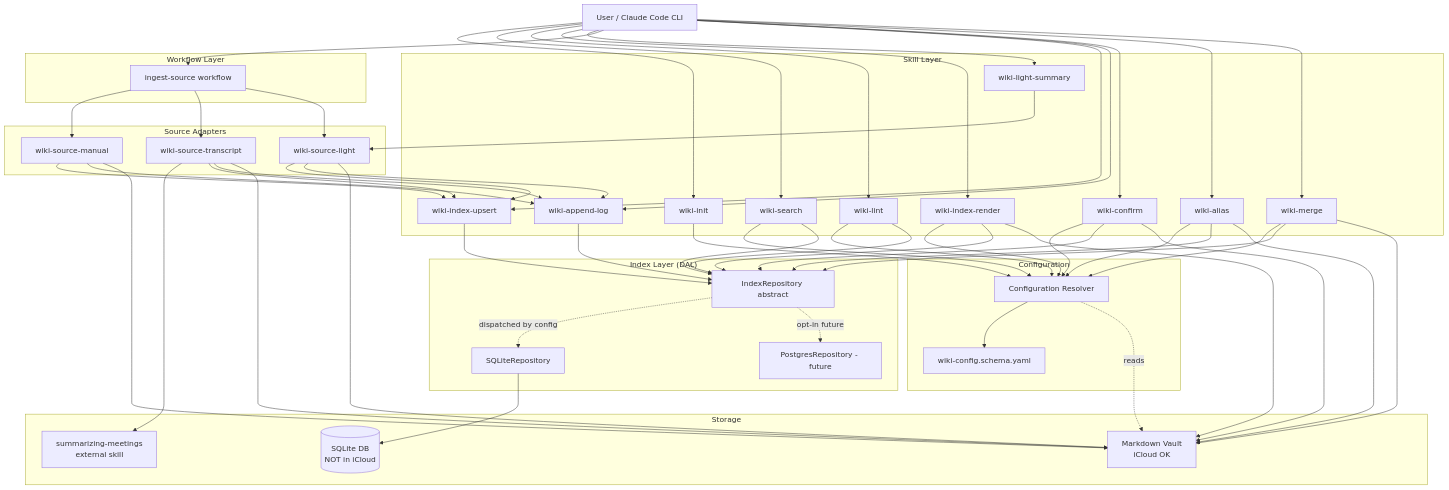
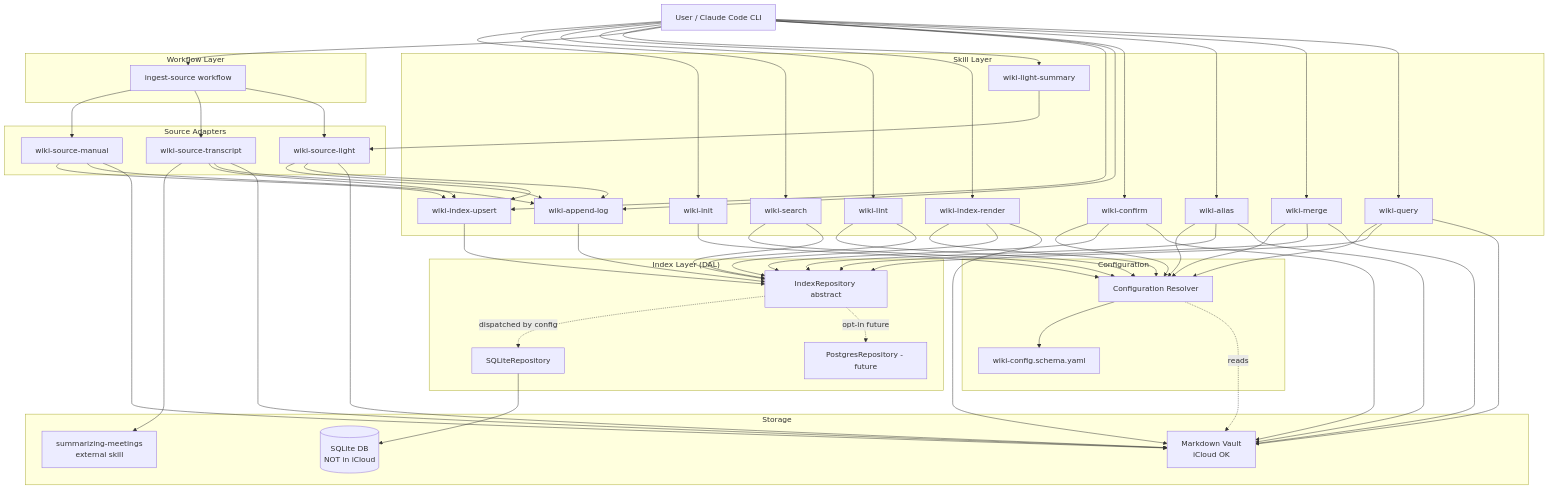
Before and after one commit to MatrixFounder/llm-wiki: the diagram in docs/architectures/functional-architecture.md, drawn with Mermaid. The commit also changed other lines of this file and 50 other files, not shown here.

```diff
--- a/docs/architectures/functional-architecture.md
+++ b/docs/architectures/functional-architecture.md
@@ -360,6 +461,7 @@
         EC[wiki-confirm]
         EA[wiki-alias]
         WM[wiki-merge]
+        WQ[wiki-query]
     end
 
     subgraph "Workflow Layer"
@@ -392,9 +494,13 @@
     User --> SI & SS & SL & SR & SLS & WIS
     User --> SU & WAL
     User --> EC & EA & WM
+    User --> WQ
     EC & EA & WM --> CR
     EC & EA & WM --> IR
     EC & EA & WM --> MD
+    WQ --> CR
+    WQ --> IR
+    WQ --> MD
     
     SI --> CR
     SS --> CR
```
